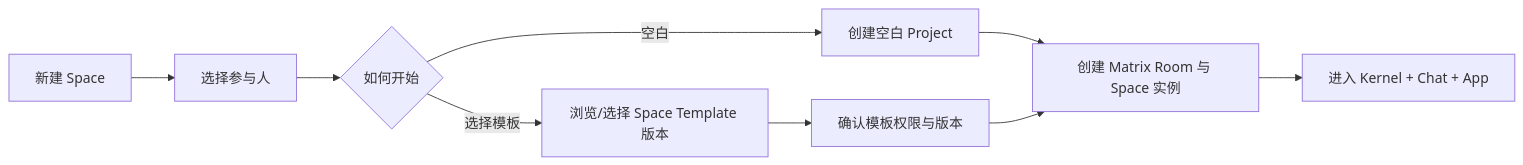
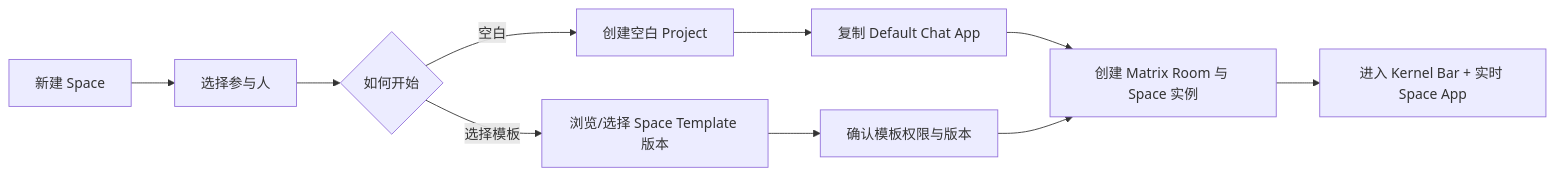
Before and after one commit to ziyu/vibechat: the first of 3 diagrams in docs/stable/designs/vibechat-mvp-product-and-technical-design.md, drawn with Mermaid. The commit also changed other lines of this file and 185 other files, not shown here.

Commit message:
feat: rebuild chat around live space apps

````diff
--- a/docs/stable/designs/vibechat-mvp-product-and-technical-design.md
+++ b/docs/stable/designs/vibechat-mvp-product-and-technical-design.md
@@ -189,11 +192,12 @@
 ```mermaid
 flowchart LR
     Start["新建 Space"] --> People["选择参与人"]
     People --> StartMode{"如何开始"}
     StartMode -->|"空白"| Blank["创建空白 Project"]
     StartMode -->|"选择模板"| Market["浏览/选择 Space Template 版本"]
     Market --> Confirm["确认模板权限与版本"]
-    Blank --> Create["创建 Matrix Room 与 Space 实例"]
+    Blank --> DefaultChat["复制 Default Chat App"]
+    DefaultChat --> Create["创建 Matrix Room 与 Space 实例"]
     Confirm --> Create
-    Create --> Enter["进入 Kernel + Chat + App"]
+    Create --> Enter["进入 Kernel Bar + 实时 Space App"]
 ```
````
